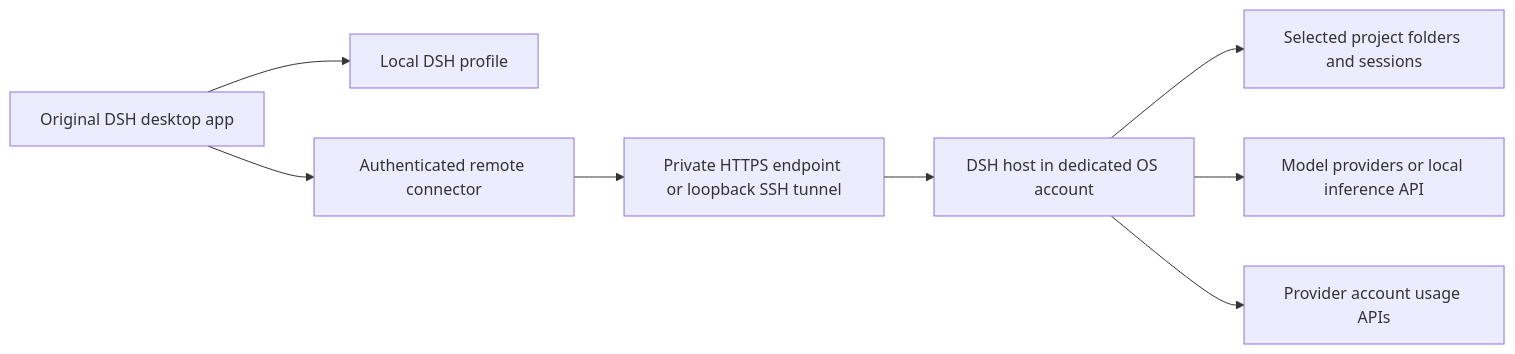
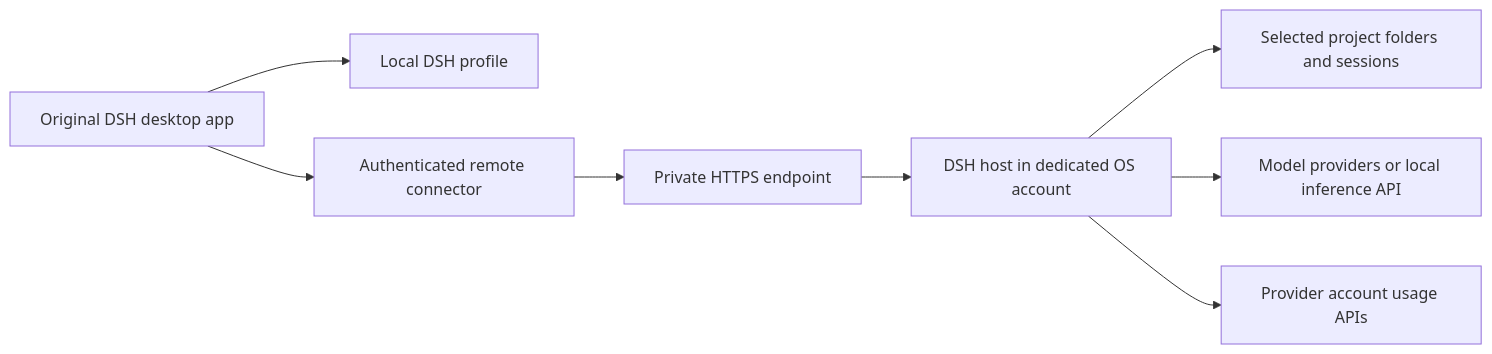
Before and after one commit to pepuscz/dsh-remote-essentials: the diagram in README.md, drawn with Mermaid. The commit also changed other lines of this file, not shown here.

Commit message:
Keep bundle documentation focused on current private HTTPS setup

````diff
--- a/README.md
+++ b/README.md
@@ -20,10 +20,10 @@
 ```mermaid
 flowchart LR
   C[Original DSH desktop app] --> L[Local DSH profile]
   C --> P[Authenticated remote connector]
-  P --> T[Private HTTPS endpoint or loopback SSH tunnel]
+  P --> T[Private HTTPS endpoint]
   T --> H[DSH host in dedicated OS account]
   H --> W[Selected project folders and sessions]
   H --> M[Model providers or local inference API]
   H --> U[Provider account usage APIs]
 ```
````
